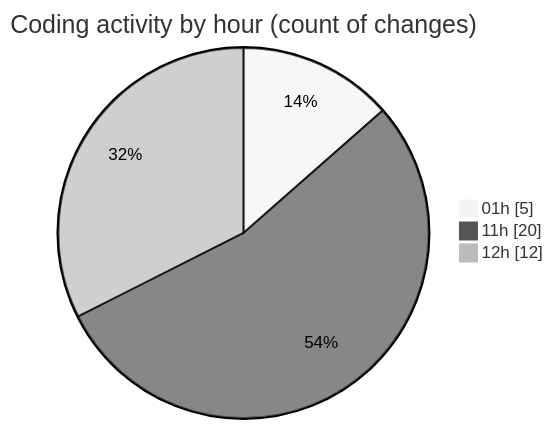
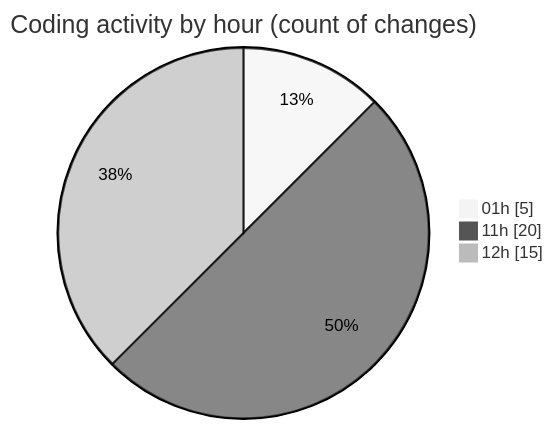
The second of 2 diagrams in 2025-04-26/echo/README.md (Netris89/code-tracking), drawn with Mermaid (neutral theme) before and after one commit. The commit also changed other lines of this file and 1 other file, not shown here.

````diff
--- a/2025-04-26/echo/README.md
+++ b/2025-04-26/echo/README.md
@@ -31,7 +31,7 @@
 ```mermaid
 pie showData
 title Coding activity by hour (count of changes)
 "01h" : 5
 "11h" : 20
-"12h" : 12
+"12h" : 15
 ```
````
